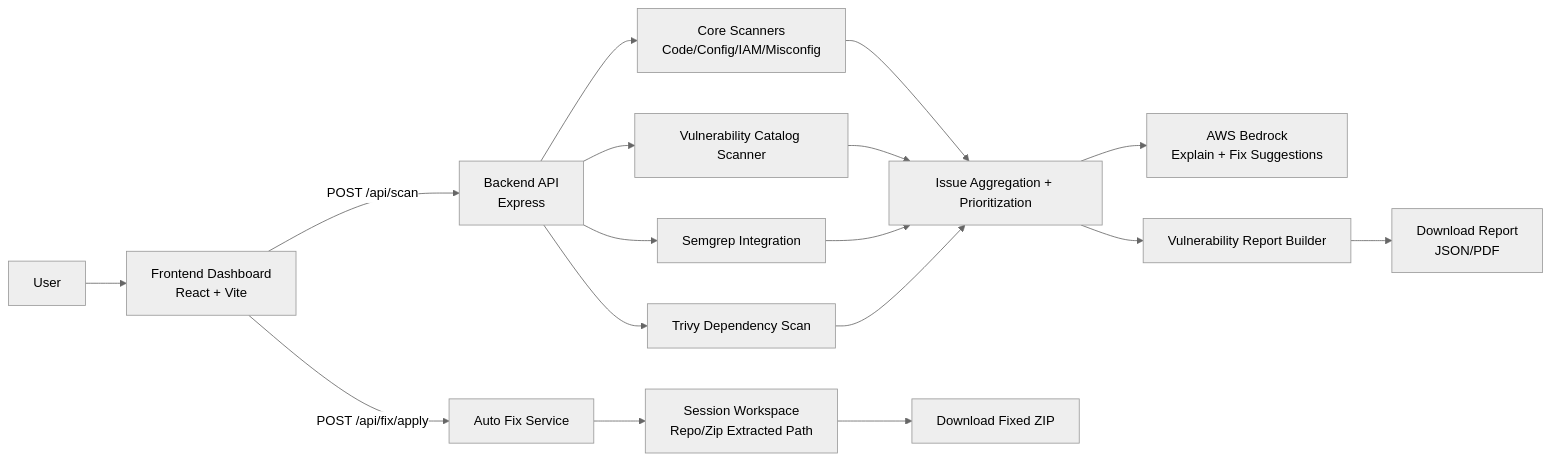
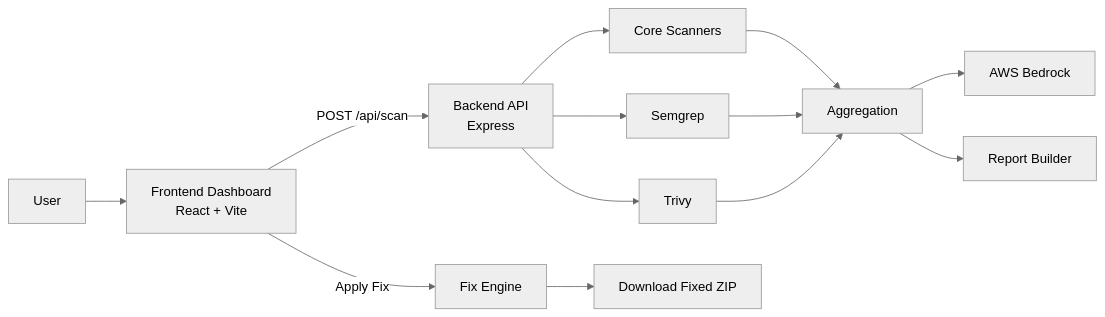
The first of 2 diagrams in README.md (printf-sourav/SecSphere), drawn with Mermaid (neutral theme) before and after one commit. The commit also changed other lines of this file, not shown here.

````diff
--- a/README.md
+++ b/README.md
@@ -42,23 +49,19 @@
 ```mermaid
 flowchart LR
 	U[User] --> FE[Frontend Dashboard\nReact + Vite]
 	FE -->|POST /api/scan| BE[Backend API\nExpress]
 
-	BE --> S1[Core Scanners\nCode/Config/IAM/Misconfig]
-	BE --> S2[Vulnerability Catalog Scanner]
-	BE --> S3[Semgrep Integration]
-	BE --> S4[Trivy Dependency Scan]
+	BE --> S1[Core Scanners]
+	BE --> S2[Semgrep]
+	BE --> S3[Trivy]
 
-	S1 --> AGG[Issue Aggregation + Prioritization]
+	S1 --> AGG[Aggregation]
 	S2 --> AGG
 	S3 --> AGG
-	S4 --> AGG
 
-	AGG --> AI[AWS Bedrock\nExplain + Fix Suggestions]
-	AGG --> RP[Vulnerability Report Builder]
+	AGG --> AI[AWS Bedrock]
+	AGG --> RP[Report Builder]
 
-	FE -->|POST /api/fix/apply| FX[Auto Fix Service]
-	FX --> WS[Session Workspace\nRepo/Zip Extracted Path]
-	WS --> ZIP[Download Fixed ZIP]
-	RP --> RPT[Download Report\nJSON/PDF]
+	FE -->|Apply Fix| FX[Fix Engine]
+	FX --> ZIP[Download Fixed ZIP]
 ```
````
